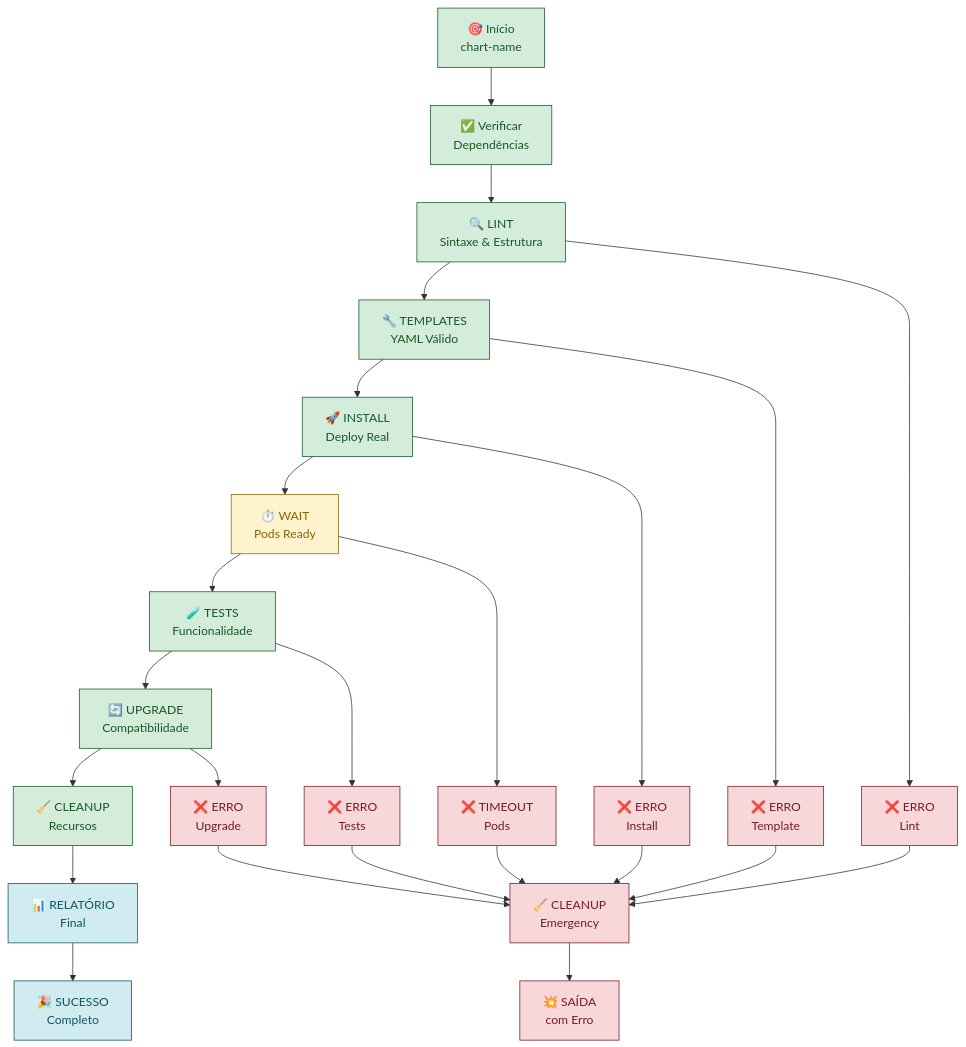
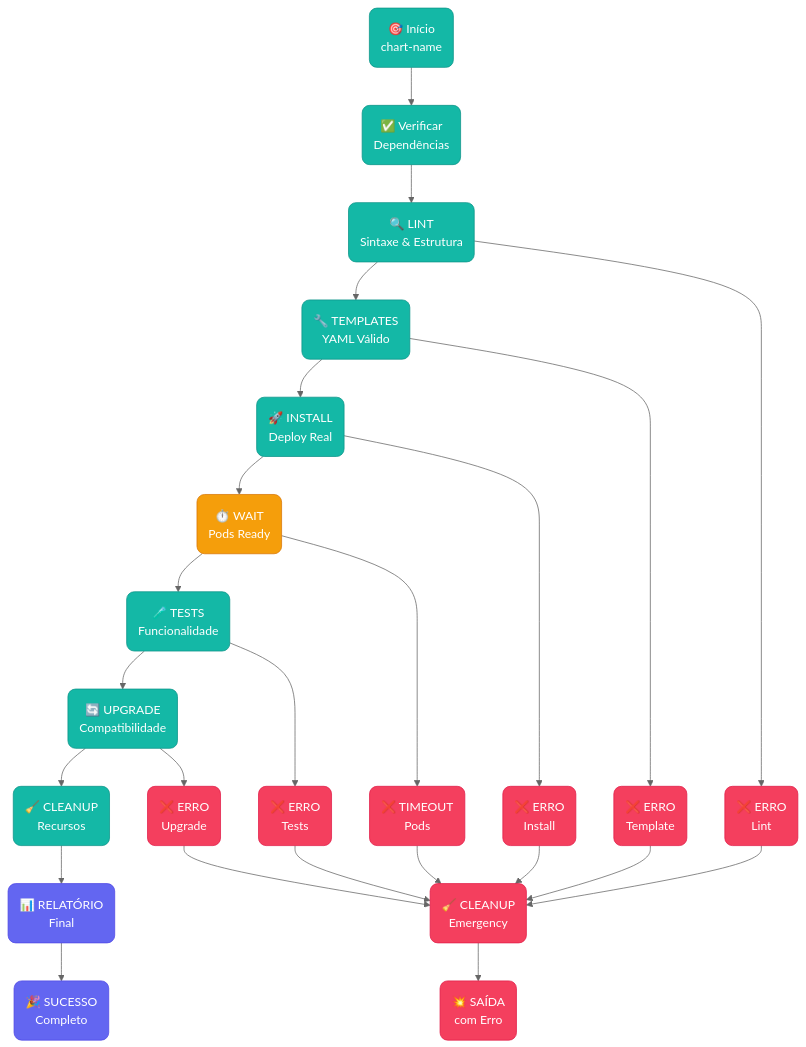
The diagram in scripts/test-chart/README.md (m5o-dev/k3s), drawn with Mermaid before and after one commit. The commit also changed other lines of this file, not shown here.

Commit message:
improviment documentations

````diff
--- a/scripts/test-chart/README.md
+++ b/scripts/test-chart/README.md
@@ -36,39 +36,50 @@
 ```mermaid
-graph TD
-    A["🎯 Início<br/>chart-name"] --> B["✅ Verificar<br/>Dependências"]
-    B --> C["🔍 LINT<br/>Sintaxe & Estrutura"]
-    C --> D["🔧 TEMPLATES<br/>YAML Válido"]
-    D --> E["🚀 INSTALL<br/>Deploy Real"]
-    E --> F["⏱️ WAIT<br/>Pods Ready"]
-    F --> G["🧪 TESTS<br/>Funcionalidade"]
-    G --> H["🔄 UPGRADE<br/>Compatibilidade"]
-    H --> I["🧹 CLEANUP<br/>Recursos"]
-    I --> J["📊 RELATÓRIO<br/>Final"]
+---
+config:
+  look: classic
+  theme: neutral
+---
+flowchart TD
+    A("🎯 Início<br/>chart-name") --> B("✅ Verificar<br/>Dependências")
+    B --> C("🔍 LINT<br/>Sintaxe & Estrutura")
+    C --> D("🔧 TEMPLATES<br/>YAML Válido")
+    D --> E("🚀 INSTALL<br/>Deploy Real")
+    E --> F("⏱️ WAIT<br/>Pods Ready")
+    F --> G("🧪 TESTS<br/>Funcionalidade")
+    G --> H("🔄 UPGRADE<br/>Compatibilidade")
+    H --> I("🧹 CLEANUP<br/>Recursos")
+    I --> J("📊 RELATÓRIO<br/>Final")
     
-    C --> K["❌ ERRO<br/>Lint"]
-    D --> L["❌ ERRO<br/>Template"]
-    E --> M["❌ ERRO<br/>Install"]
-    F --> N["❌ TIMEOUT<br/>Pods"]
-    G --> O["❌ ERRO<br/>Tests"]
-    H --> P["❌ ERRO<br/>Upgrade"]
+    %% Fluxos de erro
+    C --> K("❌ ERRO<br/>Lint")
+    D --> L("❌ ERRO<br/>Template")
+    E --> M("❌ ERRO<br/>Install")
+    F --> N("❌ TIMEOUT<br/>Pods")
+    G --> O("❌ ERRO<br/>Tests")
+    H --> P("❌ ERRO<br/>Upgrade")
     
-    K --> Q["🧹 CLEANUP<br/>Emergency"]
+    %% Cleanup emergency
+    K --> Q("🧹 CLEANUP<br/>Emergency")
     L --> Q
     M --> Q
     N --> Q
     O --> Q
     P --> Q
     
-    Q --> R["💥 SAÍDA<br/>com Erro"]
-    J --> S["🎉 SUCESSO<br/>Completo"]
+    %% Saídas finais
+    Q --> R("💥 SAÍDA<br/>com Erro")
+    J --> S("🎉 SUCESSO<br/>Completo")
     
-    classDef success fill:#d4edda,stroke:#155724,color:#155724
-    classDef error fill:#f8d7da,stroke:#721c24,color:#721c24
-    classDef process fill:#d1ecf1,stroke:#0c5460,color:#0c5460
-    classDef wait fill:#fff3cd,stroke:#856404,color:#856404
+    %% Cores baseadas em Tailwind CSS (padrão estabelecido)
+    classDef processStyle fill:#14b8a6,stroke:#0d9488,color:#fff,rx:10,ry:10
+    classDef errorStyle fill:#f43f5e,stroke:#e11d48,color:#fff,rx:10,ry:10
+    classDef successStyle fill:#22c55e,stroke:#16a34a,color:#fff,rx:10,ry:10
+    classDef warningStyle fill:#f59e0b,stroke:#d97706,color:#fff,rx:10,ry:10
+    classDef finalStyle fill:#6366f1,stroke:#4f46e5,color:#fff,rx:10,ry:10
     
-    class A,B,C,D,E,F,G,H,I success
-    class K,L,M,N,O,P,Q,R error
-    class J,S process
-    class F wait
+    %% Aplicar cores seguindo padrão Tailwind
+    class A,B,C,D,E,G,H,I processStyle
+    class F warningStyle
+    class K,L,M,N,O,P,Q,R errorStyle
+    class J,S finalStyle
 ```
````
